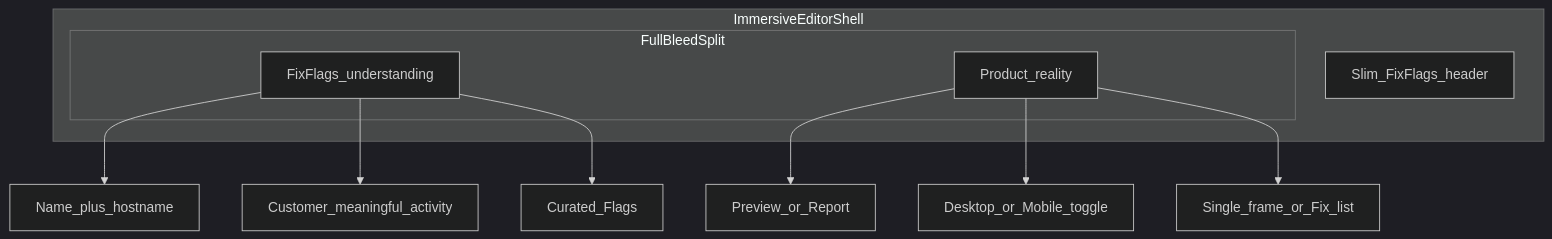
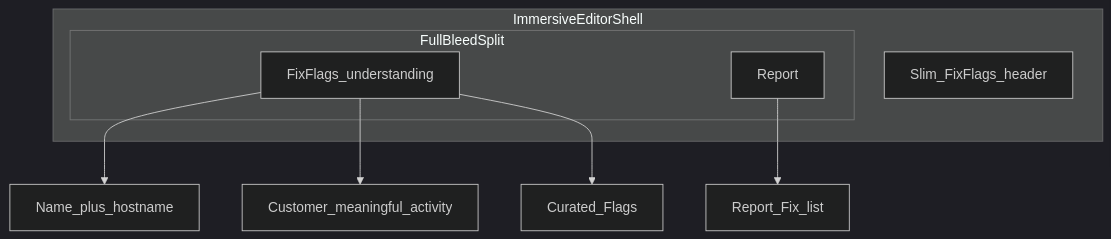
One commit to saadbenryane/FixFlags changed the diagram in docs/workspace-interface.md. Above: the diagram before and after it, drawn with Mermaid (dark theme). The commit also changed other lines of this file and 27 other files, not shown here.

First line of the commit message:
Update report layout and enhance product outcome visibility

````diff
--- a/docs/workspace-interface.md
+++ b/docs/workspace-interface.md
@@ -58,16 +40,14 @@
 ```mermaid
 flowchart TB
   subgraph shell [ImmersiveEditorShell]
     Header[Slim_FixFlags_header]
     subgraph split [FullBleedSplit]
       Left[FixFlags_understanding]
-      Right[Product_reality]
+      Right[Report]
     end
   end
   Left --> Identity[Name_plus_hostname]
   Left --> Activity[Customer_meaningful_activity]
   Left --> Judgment[Curated_Flags]
-  Right --> Mode[Preview_or_Report]
-  Right --> Device[Desktop_or_Mobile_toggle]
-  Right --> Surface[Single_frame_or_Fix_list]
+  Right --> ReportView[Report_Fix_list]
 ```
````
